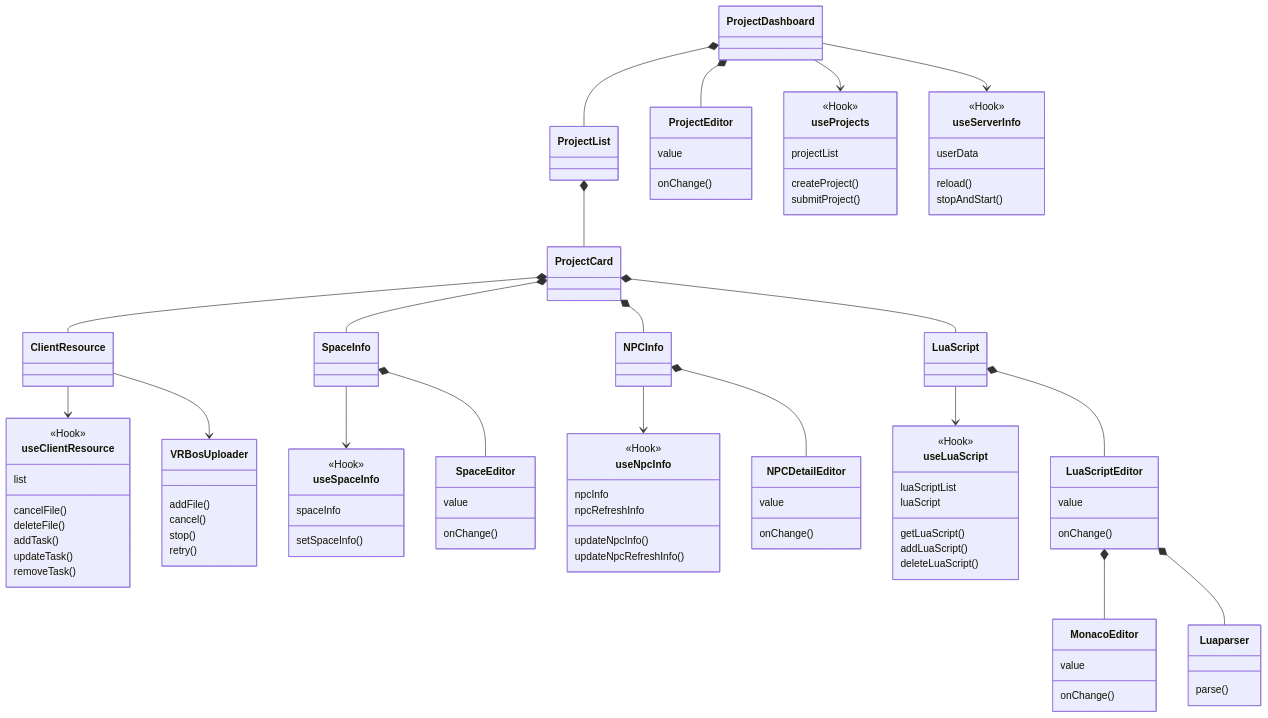
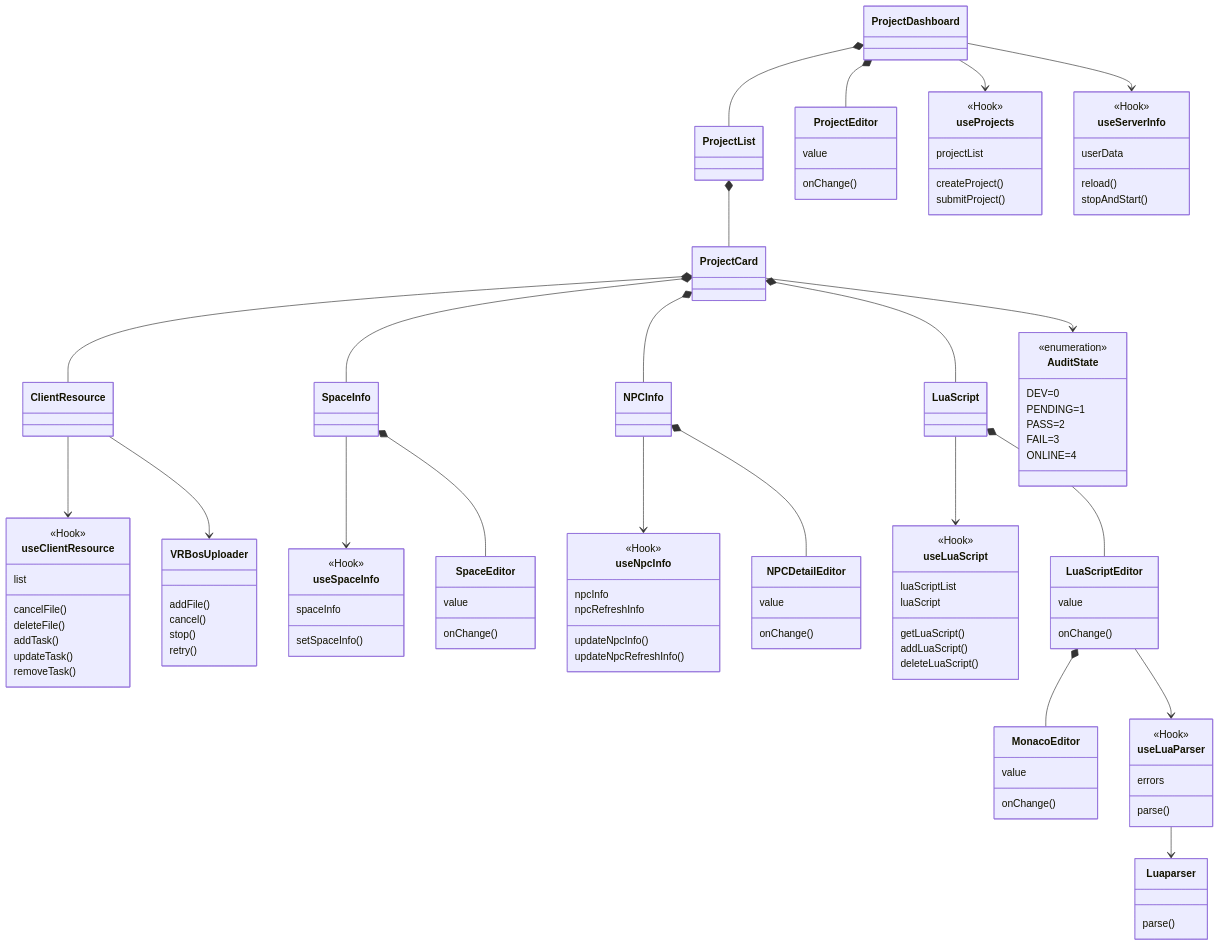
The seventh of 14 diagrams in src/routes/posts/2021/09/13-1519-xirang/document.mdx (mzvast/mzvast.github.io), drawn with Mermaid before and after one commit. The commit also changed other lines of this file, not shown here.

Commit message:
add lua parser

```diff
--- a/src/routes/posts/2021/09/13-1519-xirang/document.mdx
+++ b/src/routes/posts/2021/09/13-1519-xirang/document.mdx
@@ -161,7 +161,16 @@
      ProjectCard *-- SpaceInfo
      ProjectCard *-- NPCInfo
      ProjectCard *-- LuaScript
+     ProjectCard --> AuditState
     
+    class AuditState{
+       <<enumeration>>
+       DEV=0
+       PENDING=1
+       PASS=2
+       FAIL=3
+       ONLINE=4
+    }
 
     class useServerInfo{
 	<<Hook>>
@@ -255,13 +264,23 @@
     }
 
     LuaScriptEditor *-- MonacoEditor
-    LuaScriptEditor *-- Luaparser
+    LuaScriptEditor --> useLuaParser
 
     class MonacoEditor{
 	value
 	onChange()
     }
 
+    
+
+    class useLuaParser{
+        <<Hook>>
+        errors
+        parse()
+    }
+
+    useLuaParser --> Luaparser
+
     class Luaparser{
 	parse()
     }
```
